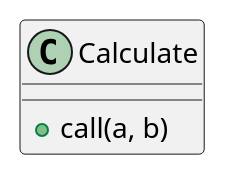
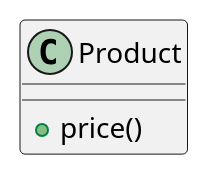
Before and after one commit to sergio-fry/slides: the first of 4 diagrams in ocp/slides.md, drawn with PlantUML. The commit also changed other lines of this file and 1 other file, not shown here.

````diff
--- a/ocp/slides.md
+++ b/ocp/slides.md
@@ -58,7 +45,7 @@
 ```plantuml
-class Calculate {
-  +call(a, b)
+
+class Product {
+  +price()
 }
 
-
 ```
````
